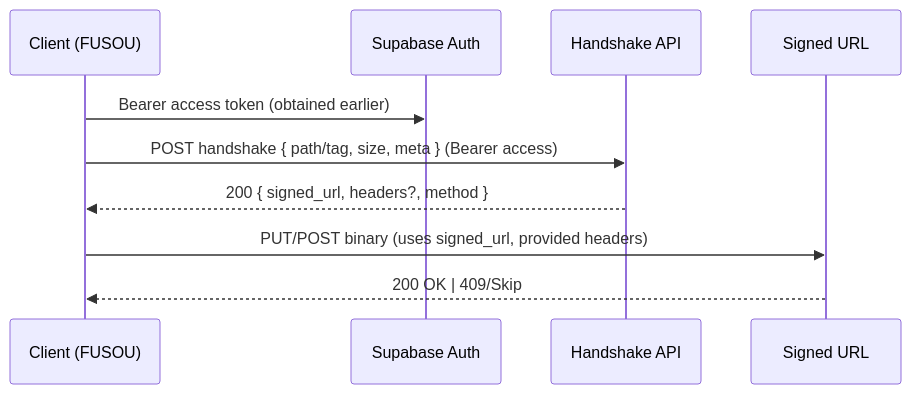
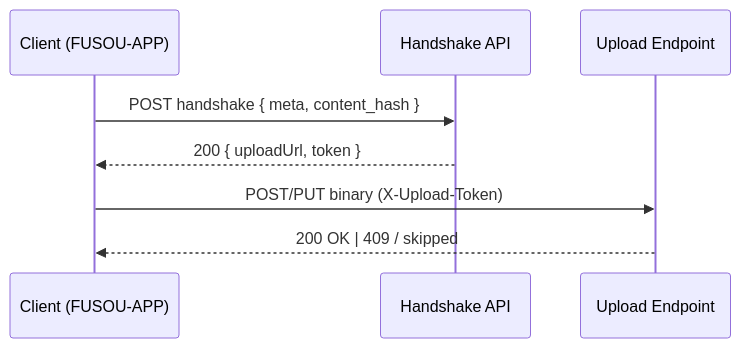
The sixth of 6 diagrams in docs/contents/guide/api_overview.md (tsukasa-u/FUSOU), drawn with Mermaid before and after one commit. The commit also changed other lines of this file, not shown here.

````diff
--- a/docs/contents/guide/api_overview.md
+++ b/docs/contents/guide/api_overview.md
@@ -235,13 +181,11 @@
 ```mermaid
 sequenceDiagram
-        participant Client as Client (FUSOU)
-        participant Auth as Supabase Auth
-        participant HS as Handshake API
-        participant Signed as Signed URL
+    participant Client as Client (FUSOU-APP)
+    participant HS as Handshake API
+    participant Upload as Upload Endpoint
 
-        Client->>Auth: Bearer access token (obtained earlier)
-        Client->>HS: POST handshake { path/tag, size, meta } (Bearer access)
-        HS-->>Client: 200 { signed_url, headers?, method }
-        Client->>Signed: PUT/POST binary (uses signed_url, provided headers)
-        Signed-->>Client: 200 OK | 409/Skip
+    Client->>HS: POST handshake { meta, content_hash }
+    HS-->>Client: 200 { uploadUrl, token }
+    Client->>Upload: POST/PUT binary (X-Upload-Token)
+    Upload-->>Client: 200 OK | 409 / skipped
 ```
````
